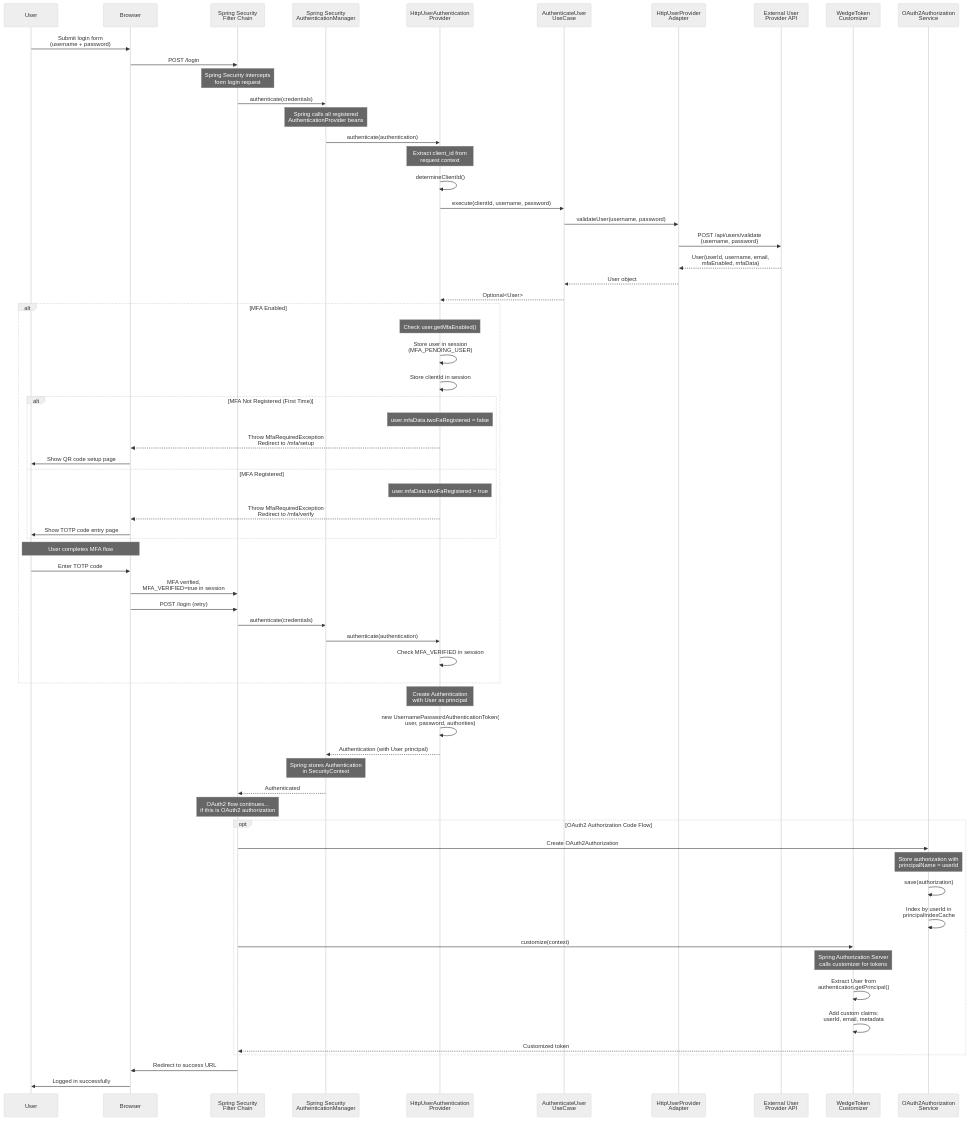
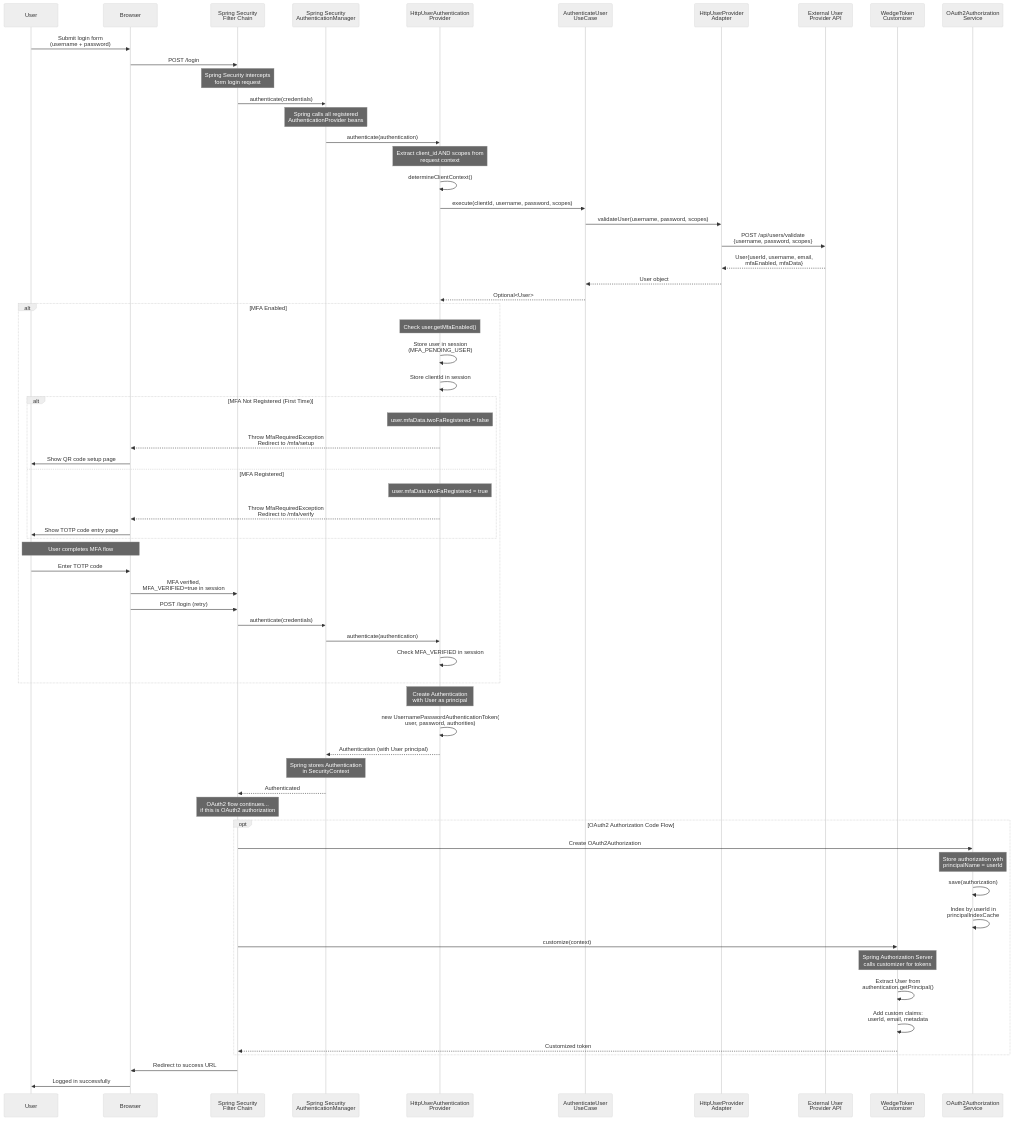
The diagram in docs/architecture/authentication-flow.md (KuneiFormApp/wedge-authorization-server), drawn with Mermaid (neutral theme) before and after one commit. The commit also changed 252 other files, not shown here.

Commit message:
feat: issues-14-17-18-19 | adding improvements to UserProviderRestClient

````diff
--- a/docs/architecture/authentication-flow.md
+++ b/docs/architecture/authentication-flow.md
@@ -5,82 +5,82 @@
 ```mermaid
 sequenceDiagram
     participant User
     participant Browser
     participant SecurityFilterChain as Spring Security<br/>Filter Chain
     participant AuthManager as Spring Security<br/>AuthenticationManager
     participant AuthProvider as HttpUserAuthentication<br/>Provider
     participant UseCase as AuthenticateUser<br/>UseCase
     participant UserProvider as HttpUserProvider<br/>Adapter
     participant ExternalAPI as External User<br/>Provider API
     participant TokenCustomizer as WedgeToken<br/>Customizer
     participant AuthService as OAuth2Authorization<br/>Service
 
     User->>Browser: Submit login form<br/>(username + password)
     Browser->>SecurityFilterChain: POST /login
     
     Note over SecurityFilterChain: Spring Security intercepts<br/>form login request
     SecurityFilterChain->>AuthManager: authenticate(credentials)
     
     Note over AuthManager: Spring calls all registered<br/>AuthenticationProvider beans
     AuthManager->>AuthProvider: authenticate(authentication)
     
-    Note over AuthProvider: Extract client_id from<br/>request context
-    AuthProvider->>AuthProvider: determineClientId()
+    Note over AuthProvider: Extract client_id AND scopes from<br/>request context
+    AuthProvider->>AuthProvider: determineClientContext()
     
-    AuthProvider->>UseCase: execute(clientId, username, password)
-    UseCase->>UserProvider: validateUser(username, password)
+    AuthProvider->>UseCase: execute(clientId, username, password, scopes)
+    UseCase->>UserProvider: validateUser(username, password, scopes)
     
-    UserProvider->>ExternalAPI: POST /api/users/validate<br/>{username, password}
+    UserProvider->>ExternalAPI: POST /api/users/validate<br/>{username, password, scopes}
     ExternalAPI-->>UserProvider: User{userId, username, email,<br/>mfaEnabled, mfaData}
     UserProvider-->>UseCase: User object
     UseCase-->>AuthProvider: Optional<User>
     
     alt MFA Enabled
         Note over AuthProvider: Check user.getMfaEnabled()
         AuthProvider->>AuthProvider: Store user in session<br/>(MFA_PENDING_USER)
         AuthProvider->>AuthProvider: Store clientId in session
         
         alt MFA Not Registered (First Time)
             Note over AuthProvider: user.mfaData.twoFaRegistered = false
             AuthProvider-->>Browser: Throw MfaRequiredException<br/>Redirect to /mfa/setup
             Browser->>User: Show QR code setup page
         else MFA Registered
             Note over AuthProvider: user.mfaData.twoFaRegistered = true
             AuthProvider-->>Browser: Throw MfaRequiredException<br/>Redirect to /mfa/verify
             Browser->>User: Show TOTP code entry page
         end
         
         Note over User,Browser: User completes MFA flow
         User->>Browser: Enter TOTP code
         Browser->>SecurityFilterChain: MFA verified,<br/>MFA_VERIFIED=true in session
         Browser->>SecurityFilterChain: POST /login (retry)
         SecurityFilterChain->>AuthManager: authenticate(credentials)
         AuthManager->>AuthProvider: authenticate(authentication)
         AuthProvider->>AuthProvider: Check MFA_VERIFIED in session
     end
     
     Note over AuthProvider: Create Authentication<br/>with User as principal
     AuthProvider->>AuthProvider: new UsernamePasswordAuthenticationToken(<br/>user, password, authorities)
     AuthProvider-->>AuthManager: Authentication (with User principal)
     
     Note over AuthManager: Spring stores Authentication<br/>in SecurityContext
     AuthManager-->>SecurityFilterChain: Authenticated
     
     Note over SecurityFilterChain: OAuth2 flow continues...<br/>if this is OAuth2 authorization
     
     opt OAuth2 Authorization Code Flow
         SecurityFilterChain->>AuthService: Create OAuth2Authorization
         Note over AuthService: Store authorization with<br/>principalName = userId
         AuthService->>AuthService: save(authorization)
         AuthService->>AuthService: Index by userId in<br/>principalIndexCache
         
         SecurityFilterChain->>TokenCustomizer: customize(context)
         Note over TokenCustomizer: Spring Authorization Server<br/>calls customizer for tokens
         TokenCustomizer->>TokenCustomizer: Extract User from<br/>authentication.getPrincipal()
         TokenCustomizer->>TokenCustomizer: Add custom claims:<br/>userId, email, metadata
         TokenCustomizer-->>SecurityFilterChain: Customized token
     end
     
     SecurityFilterChain->>Browser: Redirect to success URL
     Browser->>User: Logged in successfully
 ```
````
